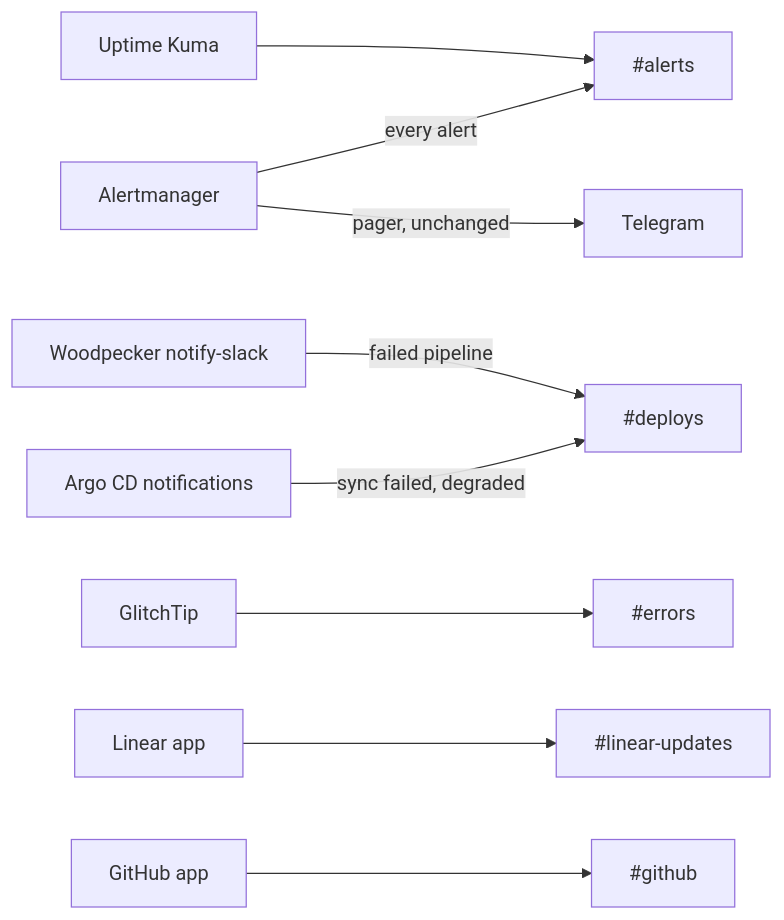
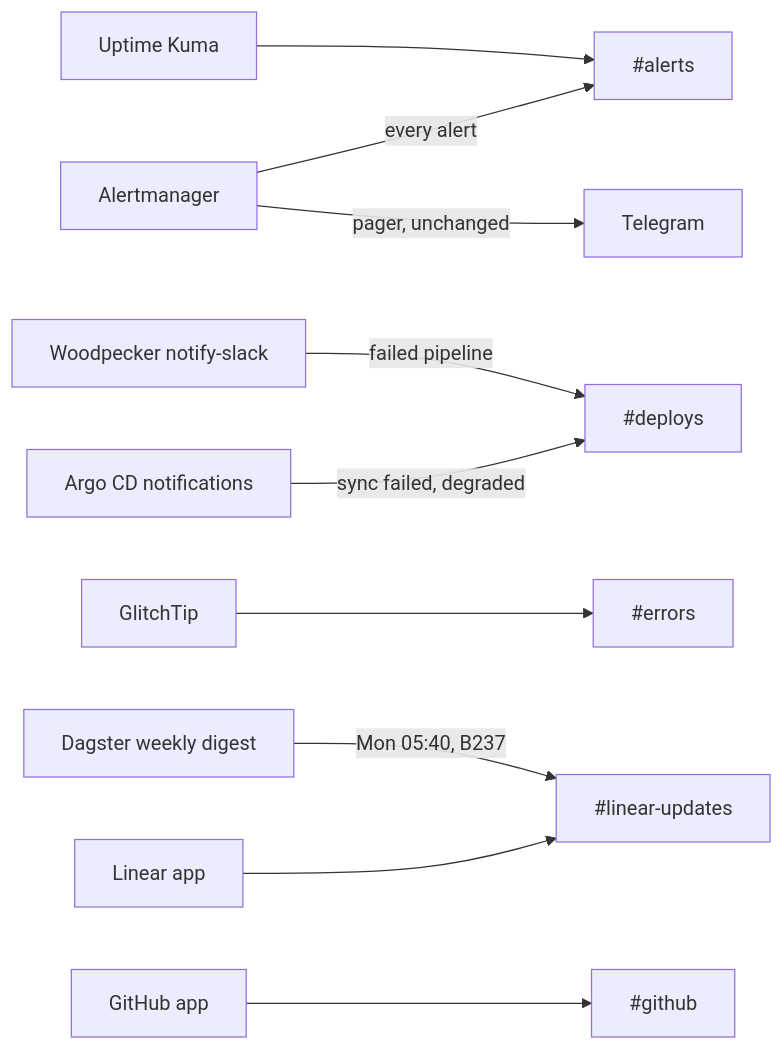
Before and after one commit to edtbl76/weyland-lab: the seventh of 8 diagrams in docs/arch.md, drawn with Mermaid. The commit also changed other lines of this file and 20 other files, not shown here.

First line of the commit message:
Add weekly Linear digest to Slack (B237):

````diff
--- a/docs/arch.md
+++ b/docs/arch.md
@@ -1802,11 +1805,12 @@
 ```mermaid
 flowchart LR
   AM[Alertmanager] -->|every alert| A["#alerts"]
   K[Uptime Kuma] --> A
   AR[Argo CD notifications] -->|sync failed, degraded| D["#deploys"]
   W[Woodpecker notify-slack] -->|failed pipeline| D
   G[GlitchTip] --> E["#errors"]
   L[Linear app] --> LU["#linear-updates"]
+  DG[Dagster weekly digest] -->|Mon 05:40, B237| LU
   GH[GitHub app] --> GC["#github"]
   AM -->|pager, unchanged| TG[Telegram]
 ```
````
